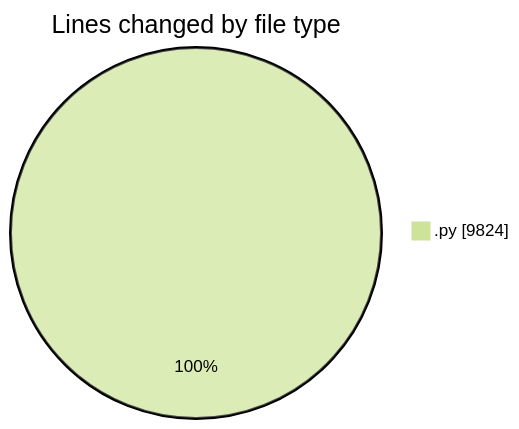
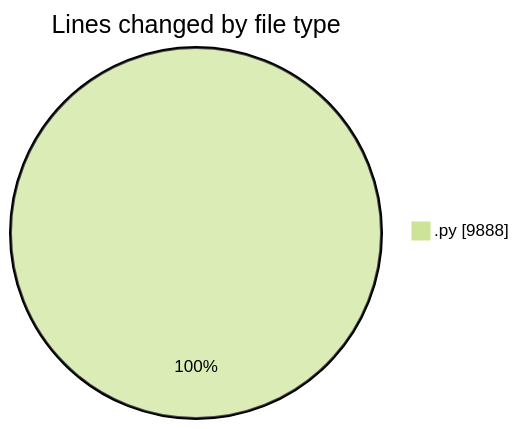
The first of 2 diagrams in 2025-04-12/myws__workspace_/README.md (MatusMokan/code-tracking), drawn with Mermaid (forest theme) before and after one commit. The commit also changed other lines of this file and 1 other file, not shown here.

````diff
--- a/2025-04-12/myws__workspace_/README.md
+++ b/2025-04-12/myws__workspace_/README.md
@@ -29,5 +30,5 @@
 ```mermaid
 pie showData
 title Lines changed by file type
-".py" : 9824
+".py" : 9888
 ```
````
